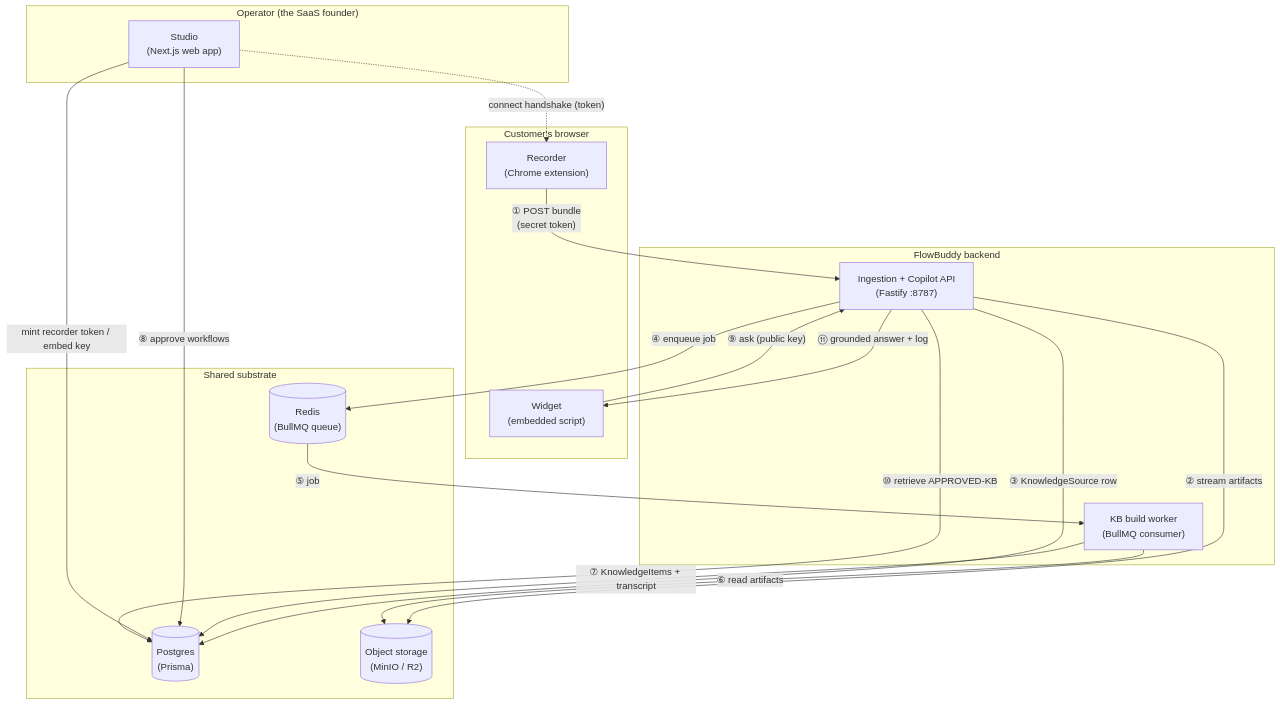
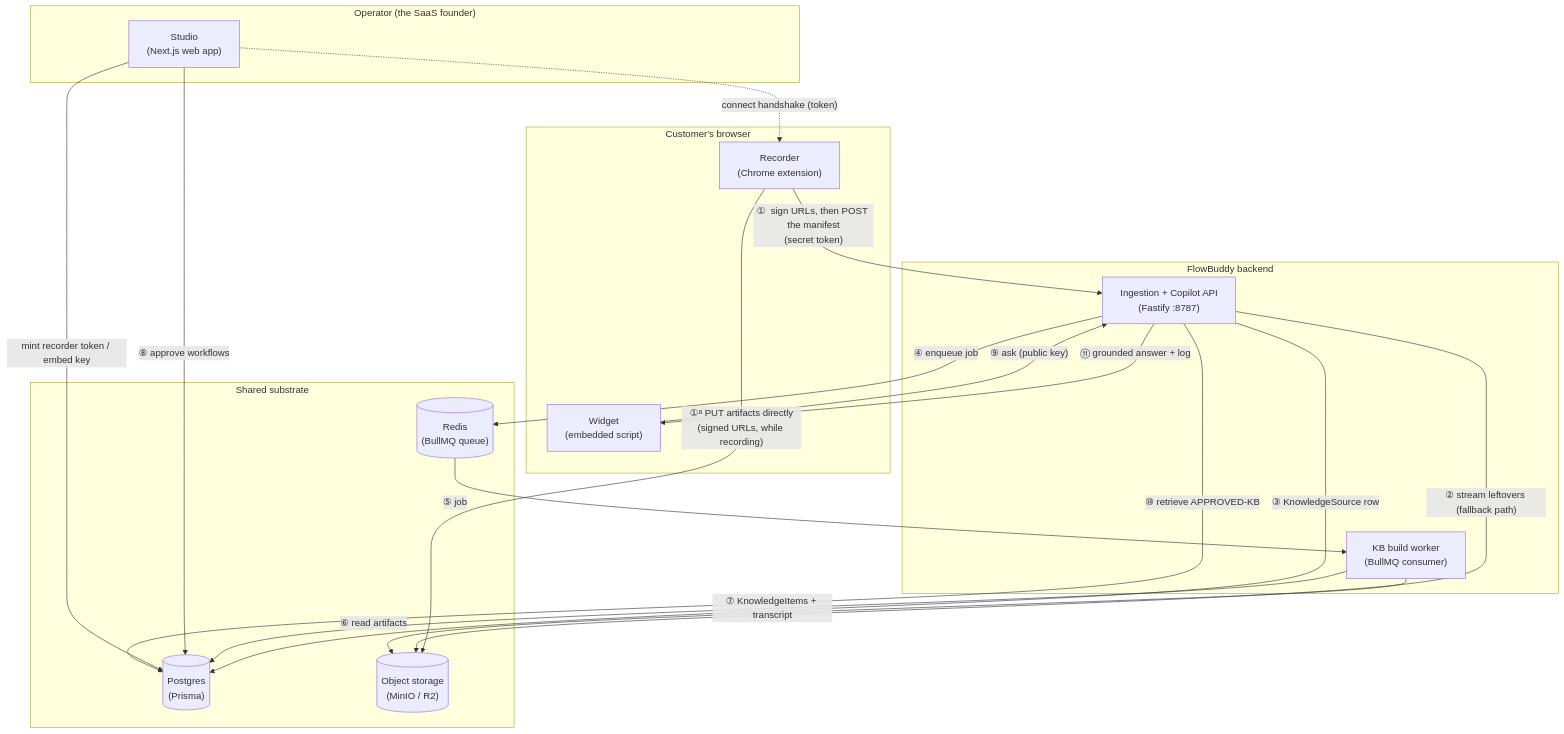
Before and after one commit to himanshu3553/flowbuddy: the diagram in docs/internals/README.md, drawn with Mermaid. The commit also changed 30 other files, not shown here.

````diff
--- a/docs/internals/README.md
+++ b/docs/internals/README.md
@@ -47,37 +47,38 @@
 ```mermaid
 flowchart TB
     subgraph browser["Customer's browser"]
         REC["Recorder<br/>(Chrome extension)"]
         WID["Widget<br/>(embedded script)"]
     end
 
     subgraph operator["Operator (the SaaS founder)"]
         STU["Studio<br/>(Next.js web app)"]
     end
 
     subgraph backend["FlowBuddy backend"]
         API["Ingestion + Copilot API<br/>(Fastify :8787)"]
         WRK["KB build worker<br/>(BullMQ consumer)"]
     end
 
     subgraph data["Shared substrate"]
         PG[("Postgres<br/>(Prisma)")]
         OBJ[("Object storage<br/>(MinIO / R2)")]
         RDS[("Redis<br/>(BullMQ queue)")]
     end
 
-    REC -- "①  POST bundle<br/>(secret token)" --> API
-    API -- "② stream artifacts" --> OBJ
+    REC -- "①  sign URLs, then POST the manifest<br/>(secret token)" --> API
+    REC -- "①ᵃ PUT artifacts directly<br/>(signed URLs, while recording)" --> OBJ
+    API -- "② stream leftovers (fallback path)" --> OBJ
     API -- "③ KnowledgeSource row" --> PG
     API -- "④ enqueue job" --> RDS
     RDS -- "⑤ job" --> WRK
     WRK -- "⑥ read artifacts" --> OBJ
     WRK -- "⑦ KnowledgeItems + transcript" --> PG
     STU -- "⑧ approve workflows" --> PG
     STU -- "mint recorder token / embed key" --> PG
     WID -- "⑨ ask (public key)" --> API
     API -- "⑩ retrieve APPROVED-KB" --> PG
     API -- "⑪ grounded answer + log" --> WID
 
     STU -. "connect handshake (token)" .-> REC
 ```
````
